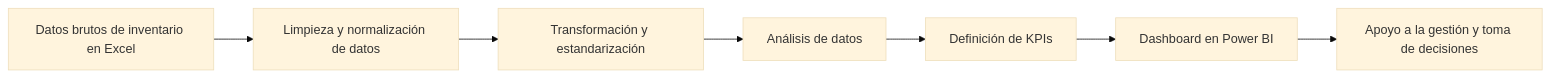
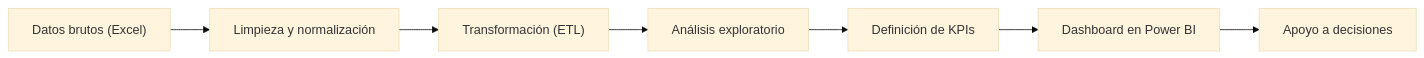
One commit to claudux/inventory-data-dashboard changed the diagram in README.md. Above: the diagram before and after it, drawn with Mermaid (base theme). The commit also changed other lines of this file, not shown here.

````diff
--- a/README.md
+++ b/README.md
@@ -50,9 +47,9 @@
 ```mermaid
 flowchart LR
-    A[Datos brutos de inventario en Excel] --> B[Limpieza y normalización de datos]
-    B --> C[Transformación y estandarización]
-    C --> D[Análisis de datos]
-    D --> E[Definición de KPIs]
-    E --> F[Dashboard en Power BI]
-    F --> G[Apoyo a la gestión y toma de decisiones]
+    A["Datos brutos (Excel)"] --> B["Limpieza y normalización"]
+    B --> C["Transformación (ETL)"]
+    C --> D["Análisis exploratorio"]
+    D --> E["Definición de KPIs"]
+    E --> F["Dashboard en Power BI"]
+    F --> G["Apoyo a decisiones"]
 ```
````
